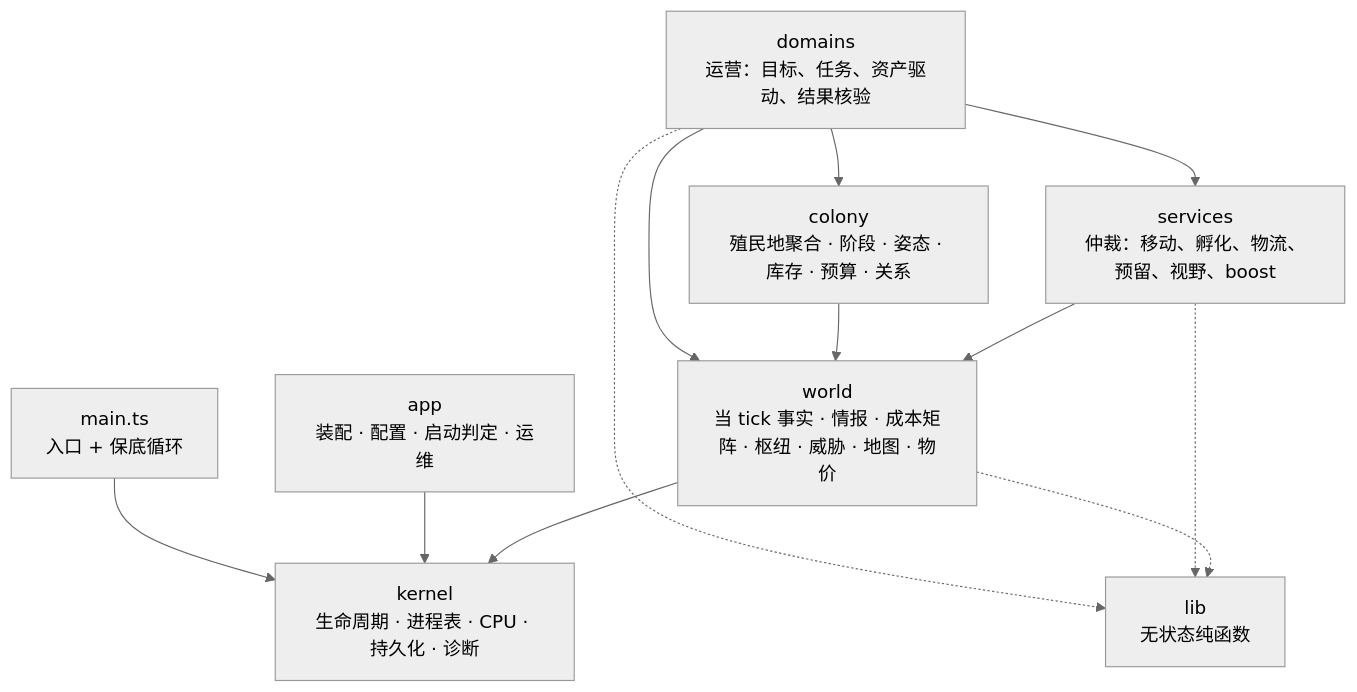
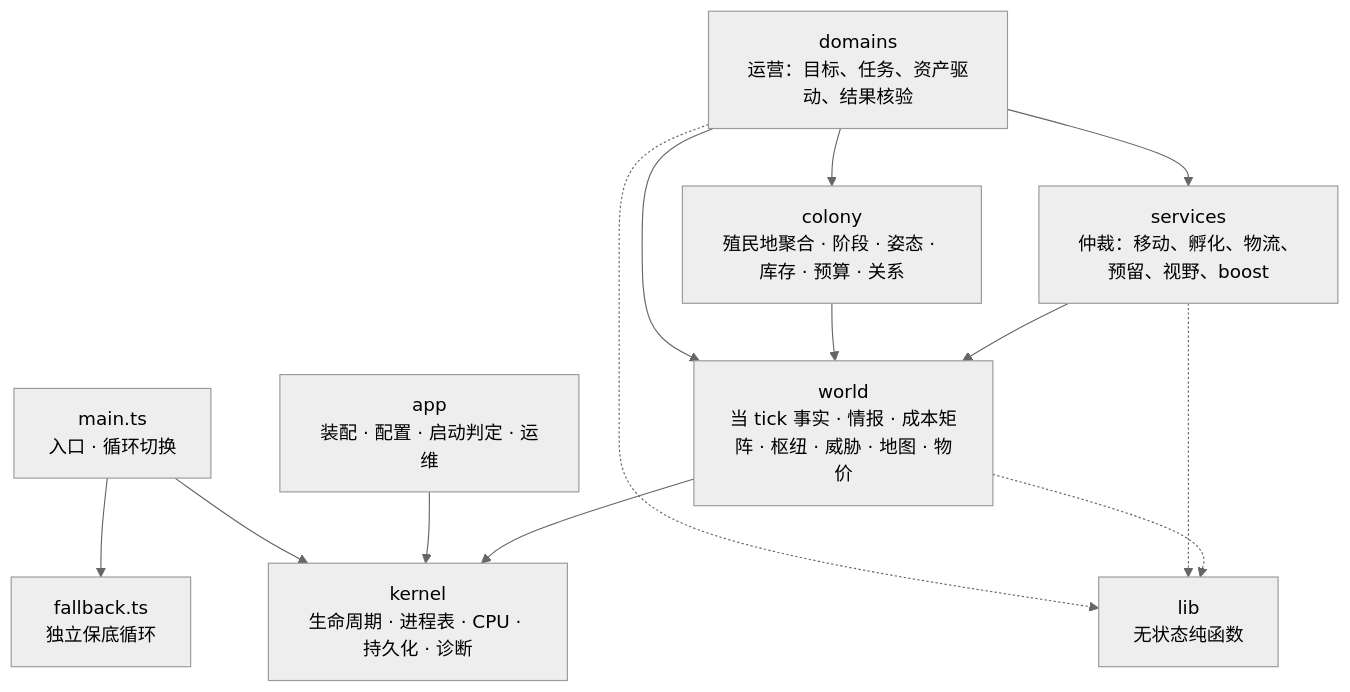
Before and after one commit to youtal/screeps-leviathan: the first of 2 diagrams in docs/design/architecture.md, drawn with Mermaid (neutral theme). The commit also changed other lines of this file and 5 other files, not shown here.

````diff
--- a/docs/design/architecture.md
+++ b/docs/design/architecture.md
@@ -122,16 +123,17 @@
 ```mermaid
 flowchart TB
-    main["main.ts<br/>入口 + 保底循环"] --> kernel
+    main["main.ts<br/>入口 · 循环切换"] --> kernel
+    main --> fallback["fallback.ts<br/>独立保底循环"]
     app["app<br/>装配 · 配置 · 启动判定 · 运维"] --> kernel
     domains["domains<br/>运营：目标、任务、资产驱动、结果核验"] --> services
     domains --> colony
     domains --> world
     colony["colony<br/>殖民地聚合 · 阶段 · 姿态 · 库存 · 预算 · 关系"] --> world
     services["services<br/>仲裁：移动、孵化、物流、预留、视野、boost"] --> world
     world["world<br/>当 tick 事实 · 情报 · 成本矩阵 · 枢纽 · 威胁 · 地图 · 物价"] --> kernel
     kernel["kernel<br/>生命周期 · 进程表 · CPU · 持久化 · 诊断"]
     lib["lib<br/>无状态纯函数"]
     domains -.-> lib
     services -.-> lib
     world -.-> lib
 ```
````
